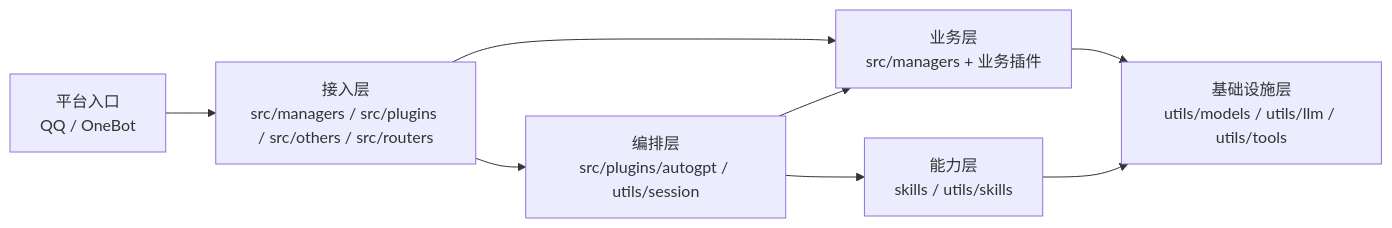
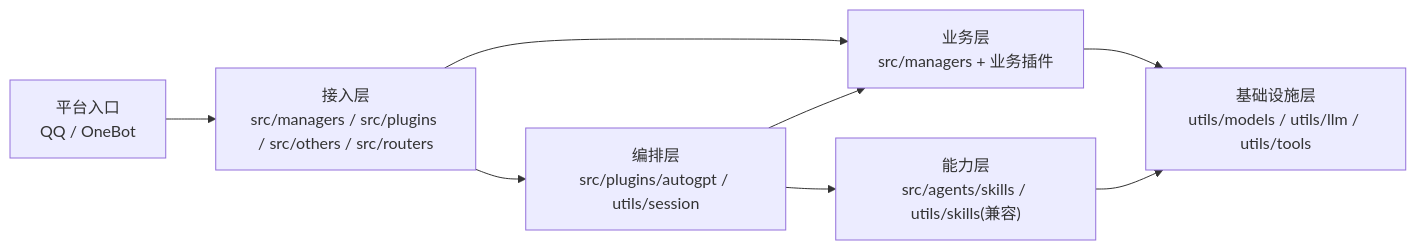
Before and after one commit to ClassRobot/ClassRobot: the diagram in docs/getting-started/project-structure.md, drawn with Mermaid. The commit also changed other lines of this file and 39 other files, not shown here.

````diff
--- a/docs/getting-started/project-structure.md
+++ b/docs/getting-started/project-structure.md
@@ -5,10 +5,10 @@
 ```mermaid
 flowchart LR
     Platform["平台入口\nQQ / OneBot"] --> Access["接入层\nsrc/managers / src/plugins / src/others / src/routers"]
     Access --> Orchestrator["编排层\nsrc/plugins/autogpt / utils/session"]
     Access --> Domain["业务层\nsrc/managers + 业务插件"]
     Orchestrator --> Domain
-    Orchestrator --> Skills["能力层\nskills / utils/skills"]
+    Orchestrator --> Skills["能力层\nsrc/agents/skills / utils/skills(兼容)"]
     Domain --> Infra["基础设施层\nutils/models / utils/llm / utils/tools"]
     Skills --> Infra
 ```
````
